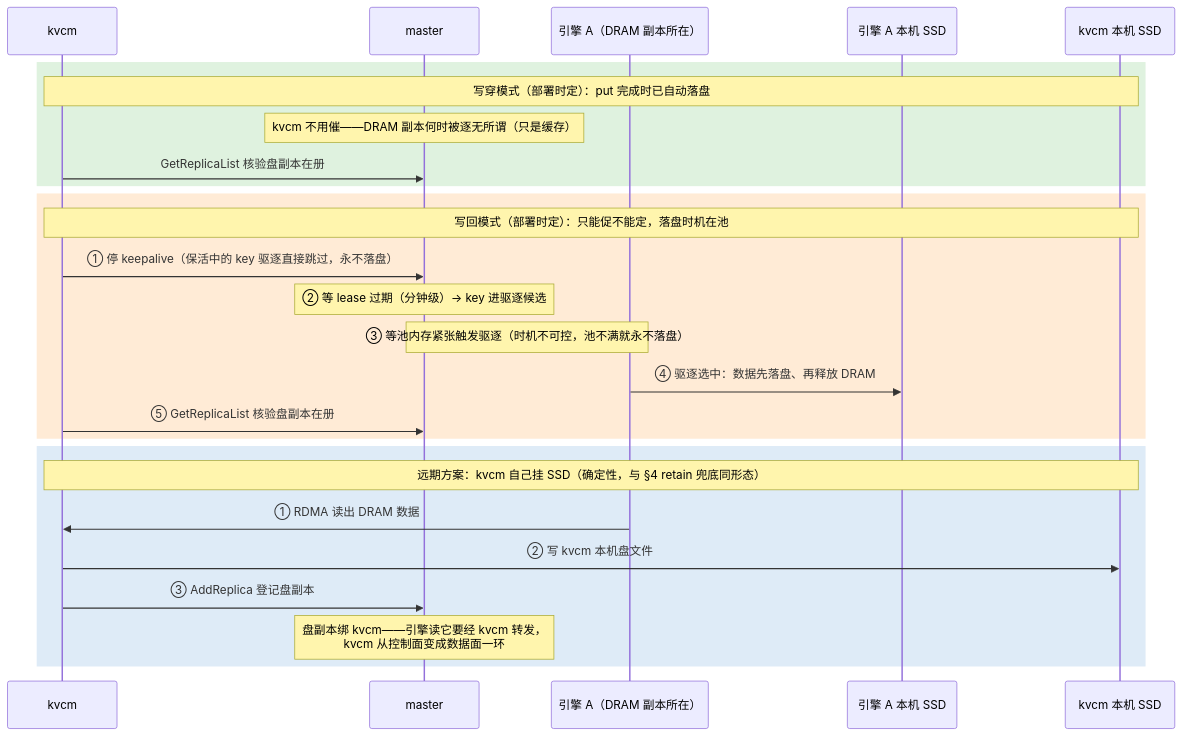
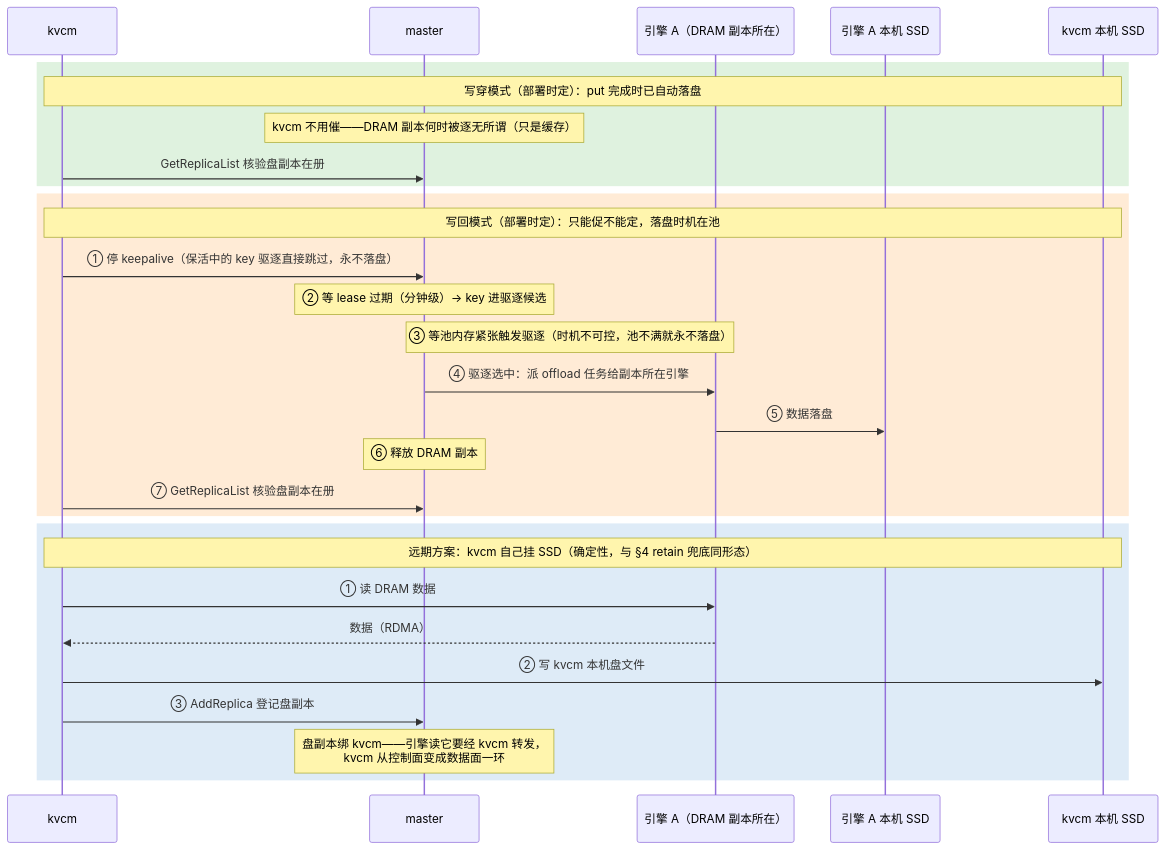
The sixth of 10 diagrams in kvcm/D2-kv-operations.md (5x8-40/lake), drawn with Mermaid before and after one commit. The commit also changed other lines of this file and 1 other file, not shown here.

First line of the commit message:
docs(kvcm): 修正图④⑤⑥角色与数据流，PR 全审收尾

````diff
--- a/kvcm/D2-kv-operations.md
+++ b/kvcm/D2-kv-operations.md
@@ -426,31 +427,34 @@
 ```mermaid
 sequenceDiagram
     participant K as kvcm
     participant M as master
     participant E as 引擎 A（DRAM 副本所在）
     participant ES as 引擎 A 本机 SSD
     participant KS as kvcm 本机 SSD
 
     rect rgb(223, 242, 223)
     Note over K,KS: 写穿模式（部署时定）：put 完成时已自动落盘
     Note over M: kvcm 不用催——DRAM 副本何时被逐无所谓（只是缓存）
     K->>M: GetReplicaList 核验盘副本在册
     end
 
     rect rgb(255, 235, 214)
     Note over K,KS: 写回模式（部署时定）：只能促不能定，落盘时机在池
     K->>M: ① 停 keepalive（保活中的 key 驱逐直接跳过，永不落盘）
     Note over M: ② 等 lease 过期（分钟级）→ key 进驱逐候选
     Note over M,E: ③ 等池内存紧张触发驱逐（时机不可控，池不满就永不落盘）
-    E->>ES: ④ 驱逐选中：数据先落盘、再释放 DRAM
-    K->>M: ⑤ GetReplicaList 核验盘副本在册
+    M->>E: ④ 驱逐选中：派 offload 任务给副本所在引擎
+    E->>ES: ⑤ 数据落盘
+    Note over M: ⑥ 释放 DRAM 副本
+    K->>M: ⑦ GetReplicaList 核验盘副本在册
     end
 
     rect rgb(222, 235, 247)
     Note over K,KS: 远期方案：kvcm 自己挂 SSD（确定性，与 §4 retain 兜底同形态）
-    E->>K: ① RDMA 读出 DRAM 数据
+    K->>E: ① 读 DRAM 数据
+    E-->>K: 数据（RDMA）
     K->>KS: ② 写 kvcm 本机盘文件
     K->>M: ③ AddReplica 登记盘副本
     Note over M: 盘副本绑 kvcm——引擎读它要经 kvcm 转发，<br/>kvcm 从控制面变成数据面一环
     end
 ```
````
